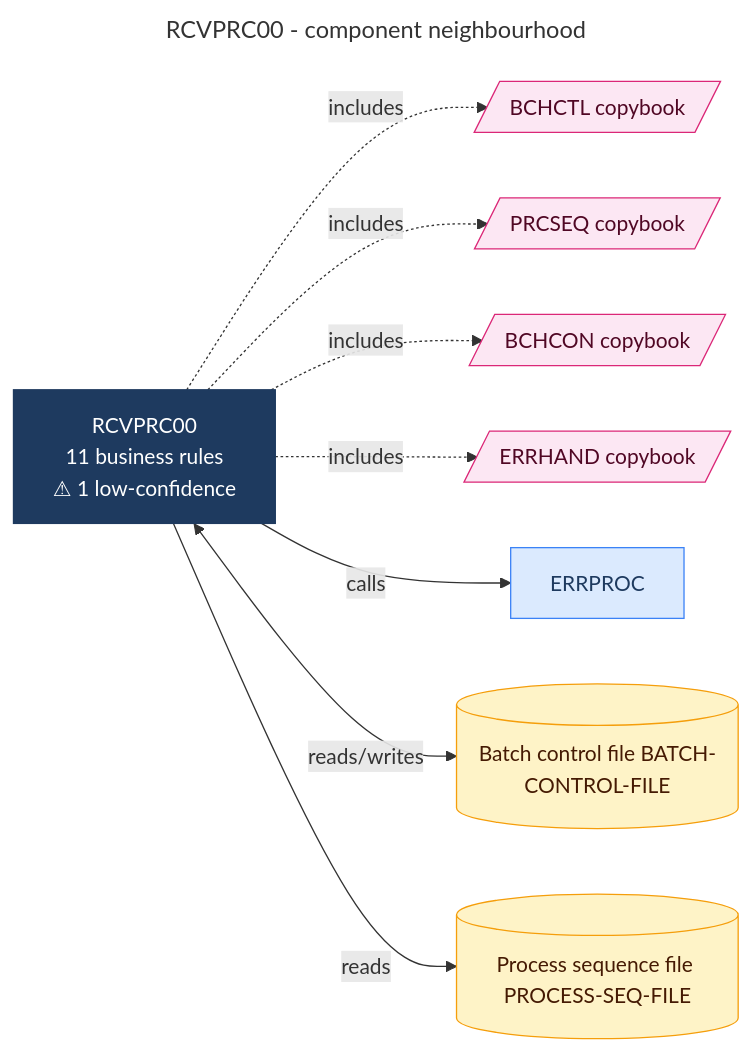
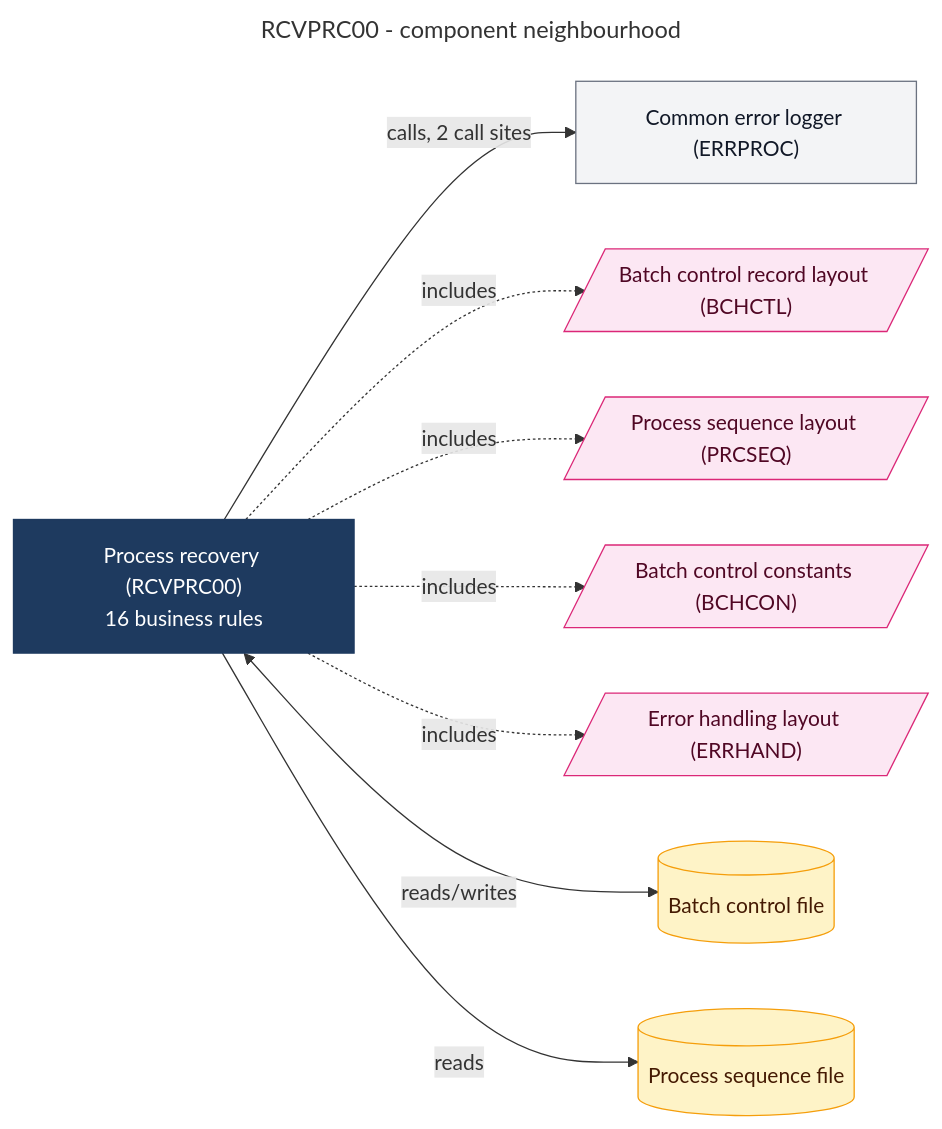
Before and after one commit to vighnasreevara/REVFORGE-Harness: the diagram in output/diagram/diagrams/component_RCVPRC00.mmd, drawn with Mermaid. The commit also changed 352 other files, not shown here.

First line of the commit message:
Re-run full REVFORGE pipeline on Claude Opus 5.5

```diff
--- a/output/diagram/diagrams/component_RCVPRC00.mmd
+++ b/output/diagram/diagrams/component_RCVPRC00.mmd
@@ -1,37 +1,57 @@
 ---
 title: RCVPRC00 - component neighbourhood
 ---
 flowchart LR
   %% Generated by 6_diagram agent - component-mapper skill
-  %% Rank 9 of top 10 by total call_graph edge count (6; tie at 6 broken by program ID ascending)
+  %% Focal program RCVPRC00: rank 5 of the top 10 by inventory edge count (6 edges)
+  %% Edges: solid = confirmed; -.->|includes| = COPY (confirmed)
 
-  classDef batch fill:#dbeafe,stroke:#3b82f6,color:#1e3a5f
+  classDef batch    fill:#dbeafe,stroke:#3b82f6,color:#1e3a5f
   classDef datastore fill:#fef3c7,stroke:#f59e0b,color:#451a03
-  classDef focal fill:#1e3a5f,stroke:#1e3a5f,color:#ffffff
+  classDef focal    fill:#1e3a5f,stroke:#1e3a5f,color:#ffffff
   classDef copybook fill:#fce7f3,stroke:#db2777,color:#500724
+  classDef unclassified fill:#f3f4f6,stroke:#6b7280,color:#111827
 
   %% REVFORGE-ID RCVPRC00 file_id=SYS-PORTFOLIO-001-FIL-0047 path_id=SYS-PORTFOLIO-001-PATH-0047
+  %% REVFORGE-ID ERRPROC file_id=SYS-PORTFOLIO-001-FIL-0058 path_id=SYS-PORTFOLIO-001-PATH-0058
   %% REVFORGE-ID BCHCTL file_id=SYS-PORTFOLIO-001-FIL-0002 path_id=SYS-PORTFOLIO-001-PATH-0002
   %% REVFORGE-ID PRCSEQ file_id=SYS-PORTFOLIO-001-FIL-0004 path_id=SYS-PORTFOLIO-001-PATH-0004
   %% REVFORGE-ID BCHCON file_id=SYS-PORTFOLIO-001-FIL-0001 path_id=SYS-PORTFOLIO-001-PATH-0001
   %% REVFORGE-ID ERRHAND file_id=SYS-PORTFOLIO-001-FIL-0007 path_id=SYS-PORTFOLIO-001-PATH-0007
-  %% REVFORGE-ID ERRPROC file_id=SYS-PORTFOLIO-001-FIL-0058 path_id=SYS-PORTFOLIO-001-PATH-0058
-  %% REVFORGE-ID F_BATCH_CONTROL_FILE record_id=null
-  %% REVFORGE-ID F_PROCESS_SEQ_FILE record_id=null
+  %% REVFORGE-ID FILE_BATCH_CONTROL record_id=SYS-PORTFOLIO-001-FIL-0002-REC-0001
+  %% REVFORGE-ID FILE_PROCESS_SEQ record_id=SYS-PORTFOLIO-001-FIL-0004-REC-0001
 
-  RCVPRC00["RCVPRC00<br/>11 business rules<br/>⚠ 1 low-confidence"]:::focal
-  BCHCTL[/"BCHCTL copybook"/]:::copybook
-  PRCSEQ[/"PRCSEQ copybook"/]:::copybook
-  BCHCON[/"BCHCON copybook"/]:::copybook
-  ERRHAND[/"ERRHAND copybook"/]:::copybook
-  ERRPROC["ERRPROC"]:::batch
-  F_BATCH_CONTROL_FILE[("Batch control file BATCH-CONTROL-FILE")]:::datastore
-  F_PROCESS_SEQ_FILE[("Process sequence file PROCESS-SEQ-FILE")]:::datastore
+  RCVPRC00["Process recovery (RCVPRC00)<br/>16 business rules"]:::focal
+  ERRPROC["Common error logger (ERRPROC)"]:::unclassified
+  BCHCTL[/"Batch control record layout (BCHCTL)"/]:::copybook
+  PRCSEQ[/"Process sequence layout (PRCSEQ)"/]:::copybook
+  BCHCON[/"Batch control constants (BCHCON)"/]:::copybook
+  ERRHAND[/"Error handling layout (ERRHAND)"/]:::copybook
+  FILE_BATCH_CONTROL[("Batch control file")]:::datastore
+  FILE_PROCESS_SEQ[("Process sequence file")]:::datastore
 
-  RCVPRC00 -.->|"includes"| BCHCTL
-  RCVPRC00 -.->|"includes"| PRCSEQ
-  RCVPRC00 -.->|"includes"| BCHCON
-  RCVPRC00 -.->|"includes"| ERRHAND
-  RCVPRC00 -->|"calls"| ERRPROC
-  RCVPRC00 <-->|"reads/writes"| F_BATCH_CONTROL_FILE
-  RCVPRC00 -->|"reads"| F_PROCESS_SEQ_FILE
+  RCVPRC00 -->|calls, 2 call sites| ERRPROC
+  RCVPRC00 -.->|includes| BCHCTL
+  RCVPRC00 -.->|includes| PRCSEQ
+  RCVPRC00 -.->|includes| BCHCON
+  RCVPRC00 -.->|includes| ERRHAND
+  RCVPRC00 <-->|reads/writes| FILE_BATCH_CONTROL
+  RCVPRC00 -->|reads| FILE_PROCESS_SEQ
+
+  %% File directions from Agent 4: OPEN BATCH-CONTROL-FILE for READ-WRITE (I-O), OPEN PROCESS-SEQ-FILE for READ-ONLY (INPUT)
+  %% Rules: BR-023 (confirmed) Route batch recovery requests by function code
+  %% Rules: BR-024 (confirmed) Route recovery by recovery mode
+  %% Rules: BR-025 (high) Require process date on a recovery request
+  %% Rules: BR-026 (confirmed) Validate recovery type is a valid recovery type
+  %% Rules: BR-027 (confirmed) Require process ID for single-process recovery
+  %% Rules: BR-028 (confirmed) Check process definition is restartable
+  %% Rules: BR-029 (confirmed) Enforce maximum restart count for non-restartable processes
+  %% Rules: BR-030 (confirmed) Dispatch recovery action restart, bypass or terminate
+  %% Rules: BR-031 (high) Select control records for the requested process date in sequence recovery
+  %% Rules: BR-032 (medium) Select recovery completion message by return code
+  %% Rules: BR-033 (high) Calculate persisted restart count on each restart
+  %% Rules: BR-138 (medium) Validate process type is initialisation, processing, report or termination
+  %% Rules: BR-139 (medium) Validate process run frequency is daily, weekly or monthly
+  %% Rules: BR-140 (medium) Validate process active-day pattern is weekdays, weekend or all days
+  %% Rules: BR-141 (medium) Flag month-end-only processes
+  %% Rules: BR-142 (medium) Validate process holiday-run indicator is skip or run
```
